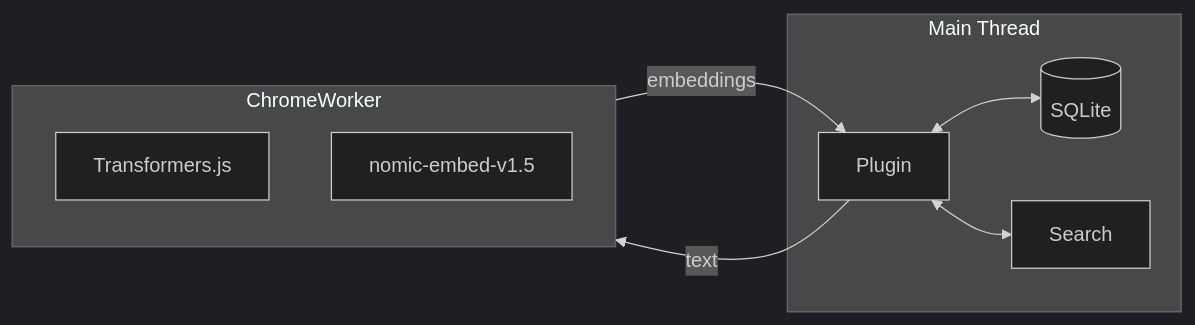
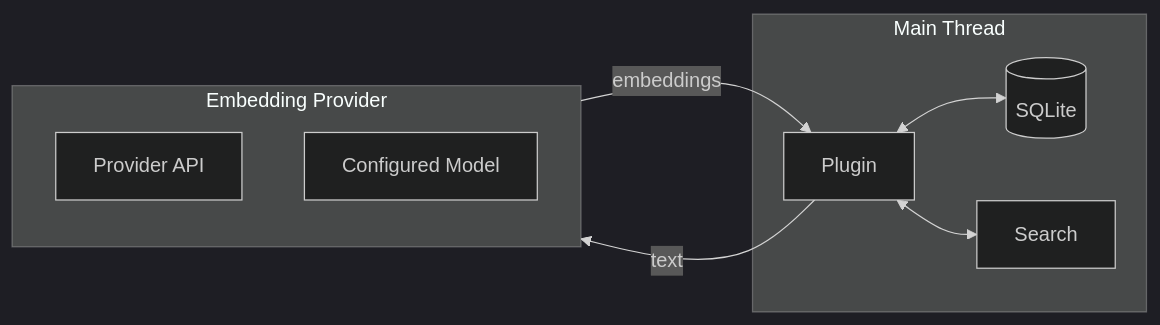
The second of 2 diagrams in README.md (BryceWG/ZotSeek-Online), drawn with Mermaid (dark theme) before and after one commit. The commit also changed other lines of this file and 27 other files, not shown here.

First line of the commit message:
feat!(core): migrate to online embedding api architecture

````diff
--- a/README.md
+++ b/README.md
@@ -310,15 +293,15 @@
 ```mermaid
 flowchart LR
     subgraph Main["Main Thread"]
         A[Plugin] <--> B[(SQLite)]
         A <--> C[Search]
     end
     
-    subgraph Worker["ChromeWorker"]
-        D[Transformers.js]
-        E[nomic-embed-v1.5]
+    subgraph Provider["Embedding Provider"]
+        D[Provider API]
+        E[Configured Model]
     end
     
-    A -->|text| Worker
-    Worker -->|embeddings| A
+    A -->|text| Provider
+    Provider -->|embeddings| A
 ```
````
